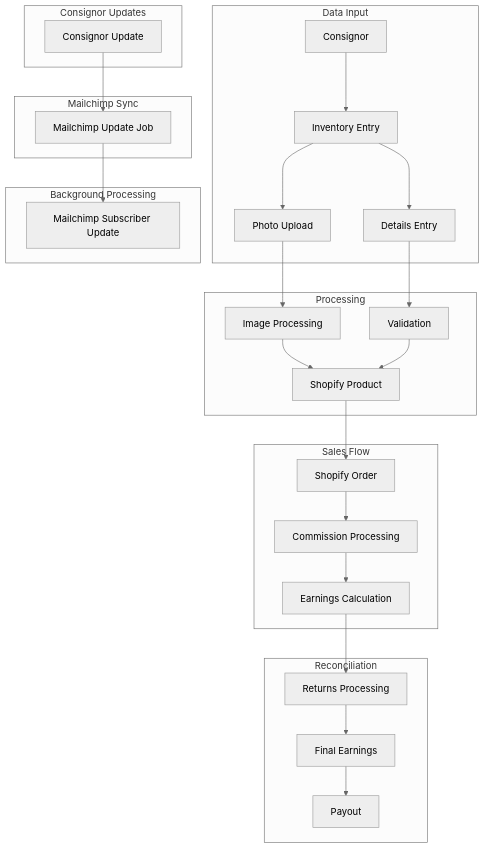
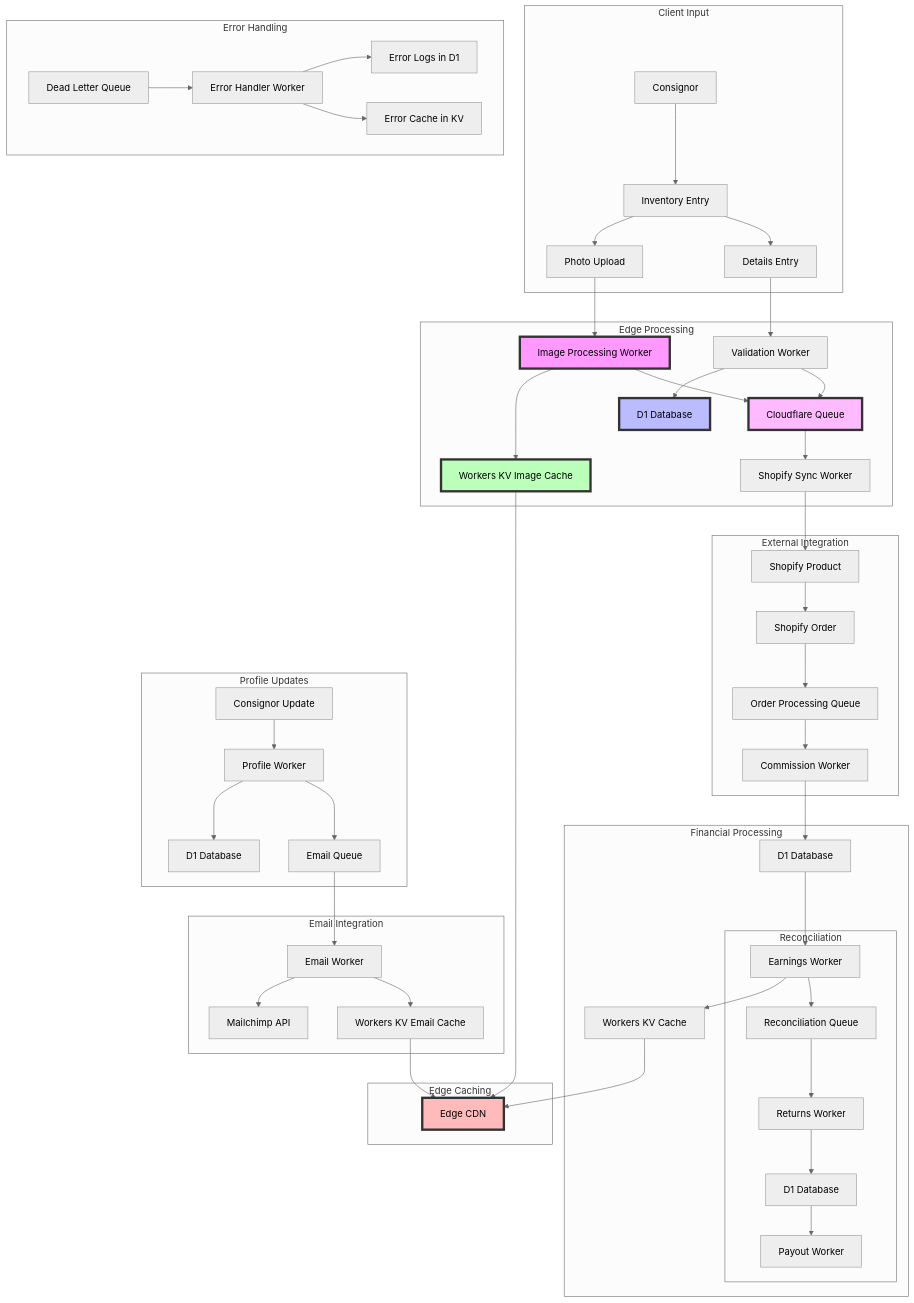
One commit to atEverychance/ProjectCR changed the diagram in docs/diagrams/flows/data-flow.mmd. Above: the diagram before and after it, drawn with Mermaid (neutral theme). The commit also changed 12 other files, not shown here.

Commit message:
Diagram updates

```diff
--- a/docs/diagrams/flows/data-flow.mmd
+++ b/docs/diagrams/flows/data-flow.mmd
@@ -1,36 +1,67 @@
 graph TD
-    subgraph "Data Input"
+    subgraph "Client Input"
         C[Consignor] --> I[Inventory Entry]
         I --> P[Photo Upload]
         I --> D[Details Entry]
     end
     
-    subgraph "Processing"
-        P --> IP[Image Processing]
-        D --> VP[Validation]
-        IP & VP --> SP[Shopify Product]
+    subgraph "Edge Processing"
+        P --> W1[Image Processing Worker]
+        D --> W2[Validation Worker]
+        
+        W1 --> KV1[Workers KV Image Cache]
+        W2 --> D1A[D1 Database]
+        
+        W1 & W2 --> Q1[Cloudflare Queue]
+        Q1 --> W3[Shopify Sync Worker]
     end
     
-    subgraph "Sales Flow"
+    subgraph "External Integration"
+        W3 --> SP[Shopify Product]
         SP --> SO[Shopify Order]
-        SO --> CP[Commission Processing]
-        CP --> EP[Earnings Calculation]
+        SO --> Q2[Order Processing Queue]
+        Q2 --> W4[Commission Worker]
     end
     
-    subgraph "Reconciliation"
-        EP --> R[Returns Processing]
-        R --> F[Final Earnings]
-        F --> PO[Payout]
+    subgraph "Financial Processing"
+        W4 --> D1B[D1 Database]
+        D1B --> W5[Earnings Worker]
+        W5 --> KV2[Workers KV Cache]
+        
+        subgraph "Reconciliation"
+            W5 --> Q3[Reconciliation Queue]
+            Q3 --> W6[Returns Worker]
+            W6 --> D1C[D1 Database]
+            D1C --> W7[Payout Worker]
+        end
     end
     
-    subgraph "Consignor Updates"
-        CU[Consignor Update]
+    subgraph "Profile Updates"
+        CU[Consignor Update] --> W8[Profile Worker]
+        W8 --> D1D[D1 Database]
+        W8 --> Q4[Email Queue]
     end
 
-    subgraph "Mailchimp Sync"
-        CU --> MU[Mailchimp Update Job]
+    subgraph "Email Integration"
+        Q4 --> W9[Email Worker]
+        W9 --> MC[Mailchimp API]
+        W9 --> KV3[Workers KV Email Cache]
+    end
+    
+    subgraph "Edge Caching"
+        KV1 --> CDN[Edge CDN]
+        KV2 --> CDN
+        KV3 --> CDN
+    end
+    
+    subgraph "Error Handling"
+        Q5[Dead Letter Queue] --> W10[Error Handler Worker]
+        W10 --> D1E[Error Logs in D1]
+        W10 --> KV4[Error Cache in KV]
     end
 
-    subgraph "Background Processing"
-        MU --> MS[Mailchimp Subscriber Update]
-    end
+    style W1 fill:#f9f,stroke:#333,stroke-width:4px
+    style D1A fill:#bbf,stroke:#333,stroke-width:4px
+    style KV1 fill:#bfb,stroke:#333,stroke-width:4px
+    style Q1 fill:#fbf,stroke:#333,stroke-width:4px
+    style CDN fill:#fbb,stroke:#333,stroke-width:4px
```
